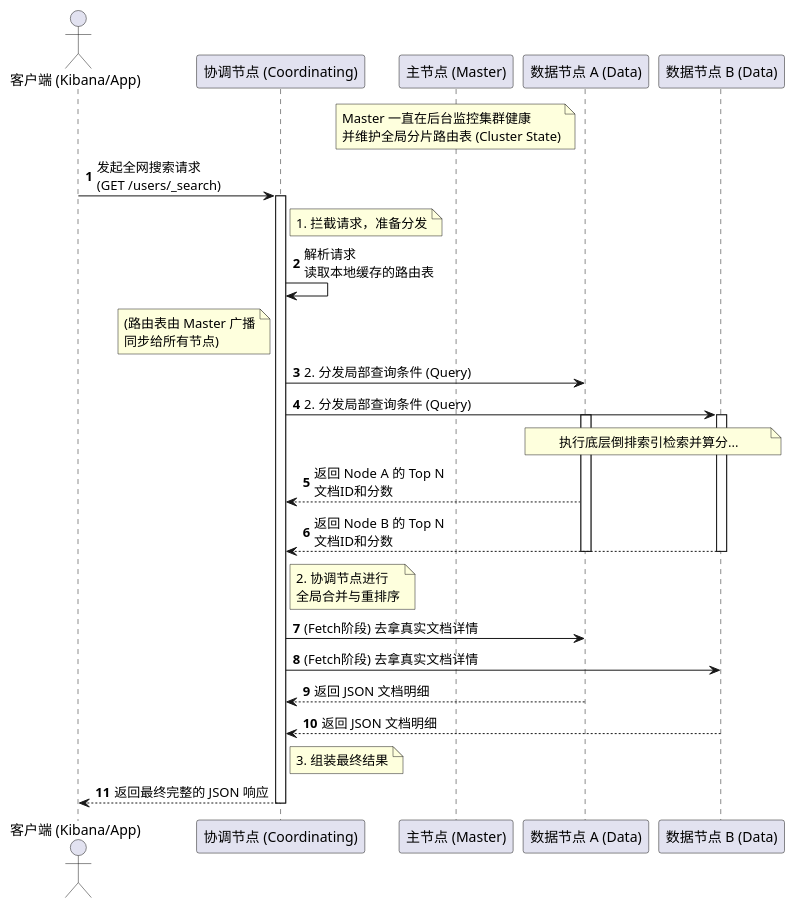
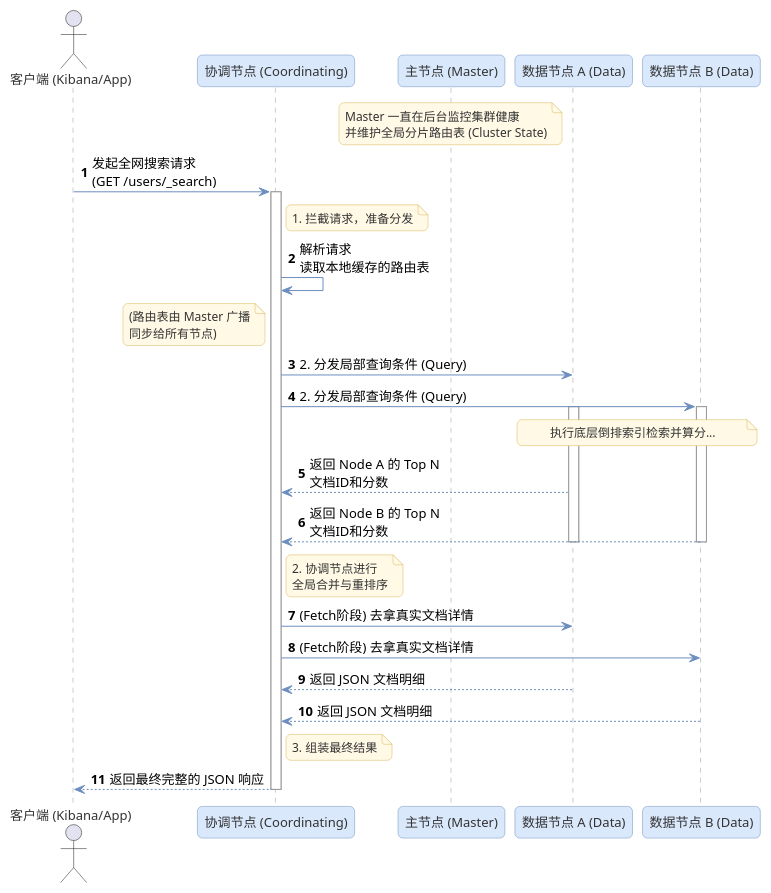
The first of 3 diagrams in elastic/elastic4.md (Lin-Lambert/obisdian), drawn with PlantUML before and after one commit. The commit also changed other lines of this file and 5 other files, not shown here.

Commit message:
调整uml流程图样式

````diff
--- a/elastic/elastic4.md
+++ b/elastic/elastic4.md
@@ -80,43 +80,74 @@
 ```plantuml
 @startuml
+skinparam DefaultFontName "Microsoft YaHei"
+skinparam BackgroundColor white
+skinparam Shadowing false
+skinparam RoundCorner 10
+skinparam participant {
+  BackgroundColor #dae8fc
+  BorderColor #6c8ebf
+  FontColor #333333
+  FontSize 13
+}
+skinparam sequence {
+  ArrowColor #6c8ebf
+  LifeLineBorderColor #999999
+}
+skinparam database {
+  BackgroundColor #fff2cc
+  BorderColor #d6b656
+  FontColor #333333
+  FontSize 13
+}
+skinparam actor {
+  FontColor #333333
+  FontSize 13
+}
+skinparam note {
+  BackgroundColor #FFF9E6
+  BorderColor #D6B656
+  FontColor #333333
+  FontSize 12
+}
+
 autonumber
 actor "客户端 (Kibana/App)" as Client
 participant "协调节点 (Coordinating)" as Coord
 participant "主节点 (Master)" as Master
 participant "数据节点 A (Data)" as Data1
 participant "数据节点 B (Data)" as Data2
 
 note over Master : Master 一直在后台监控集群健康\n并维护全局分片路由表 (Cluster State)
 
 Client -> Coord : 发起全网搜索请求\n(GET /users/_search)
 activate Coord
 
 note right of Coord : 1. 拦截请求，准备分发
 Coord -> Coord : 解析请求\n读取本地缓存的路由表
 note left of Coord : (路由表由 Master 广播\n同步给所有节点)
 
 Coord -> Data1 : 2. 分发局部查询条件 (Query)
 Coord -> Data2 : 2. 分发局部查询条件 (Query)
 
 activate Data1
 activate Data2
 note over Data1, Data2 : 执行底层倒排索引检索并算分...
 
 Data1 --> Coord : 返回 Node A 的 Top N\n文档ID和分数
 Data2 --> Coord : 返回 Node B 的 Top N\n文档ID和分数
 deactivate Data1
 deactivate Data2
 
 note right of Coord : 2. 协调节点进行\n全局合并与重排序
 
 Coord -> Data1 : (Fetch阶段) 去拿真实文档详情
 Coord -> Data2 : (Fetch阶段) 去拿真实文档详情
 
 Data1 --> Coord : 返回 JSON 文档明细
 Data2 --> Coord : 返回 JSON 文档明细
 
 note right of Coord : 3. 组装最终结果
 Coord --> Client : 返回最终完整的 JSON 响应
 deactivate Coord
 @enduml
 ```
````
